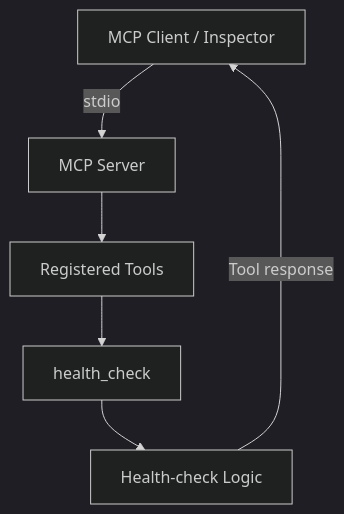
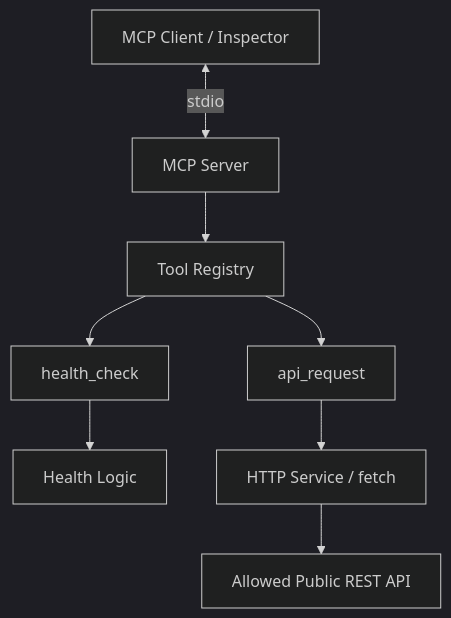
One commit to Hosafatto/mcps-4-all changed the diagram in README.md. Above: the diagram before and after it, drawn with Mermaid (dark theme). The commit also changed other lines of this file and 7 other files, not shown here.

Commit message:
feat(mcp): implement API request tool with integration tests

````diff
--- a/README.md
+++ b/README.md
@@ -152,8 +177,10 @@
 ```mermaid
 flowchart TD
-    A["MCP Client / Inspector"] -->|"stdio"| B["MCP Server"]
-    B --> C["Registered Tools"]
+    A["MCP Client / Inspector"] <-->|"stdio"| B["MCP Server"]
+    B --> C["Tool Registry"]
     C --> D["health_check"]
-    D --> E["Health-check Logic"]
-    E -->|"Tool response"| A
+    C --> E["api_request"]
+    D --> F["Health Logic"]
+    E --> G["HTTP Service / fetch"]
+    G --> H["Allowed Public REST API"]
 ```
````
